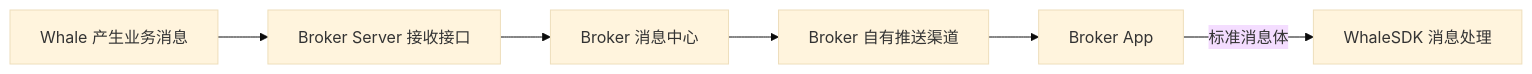
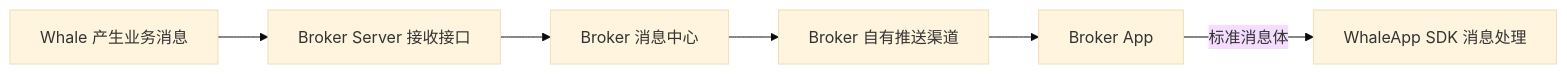
One commit to longbridge/whale-docs changed the second of 2 diagrams in cn/docs/message-push-options.mdx. Above: the diagram before and after it, drawn with Mermaid (base theme). The commit also changed other lines of this file and 50 other files, not shown here.

Commit message:
docs: define Whale SDK product hierarchy

````diff
--- a/cn/docs/message-push-options.mdx
+++ b/cn/docs/message-push-options.mdx
@@ -51,8 +51,8 @@
 ```mermaid
 flowchart LR
   A[Whale 产生业务消息] --> B[Broker Server 接收接口]
   B --> C[Broker 消息中心]
   C --> D[Broker 自有推送渠道]
   D --> E[Broker App]
-  E -->|标准消息体| F[WhaleSDK 消息处理]
+  E -->|标准消息体| F[WhaleApp SDK 消息处理]
 ```
````
